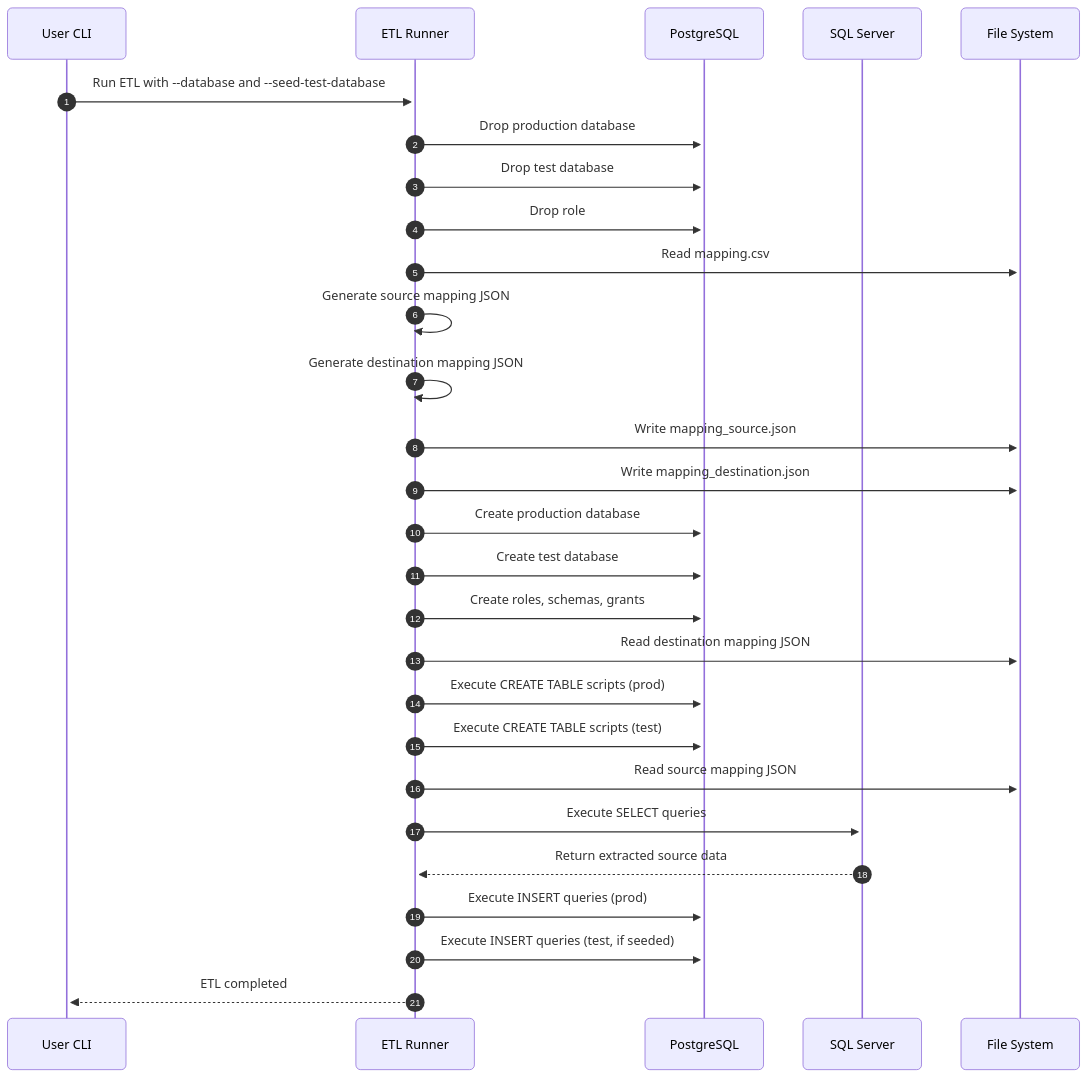
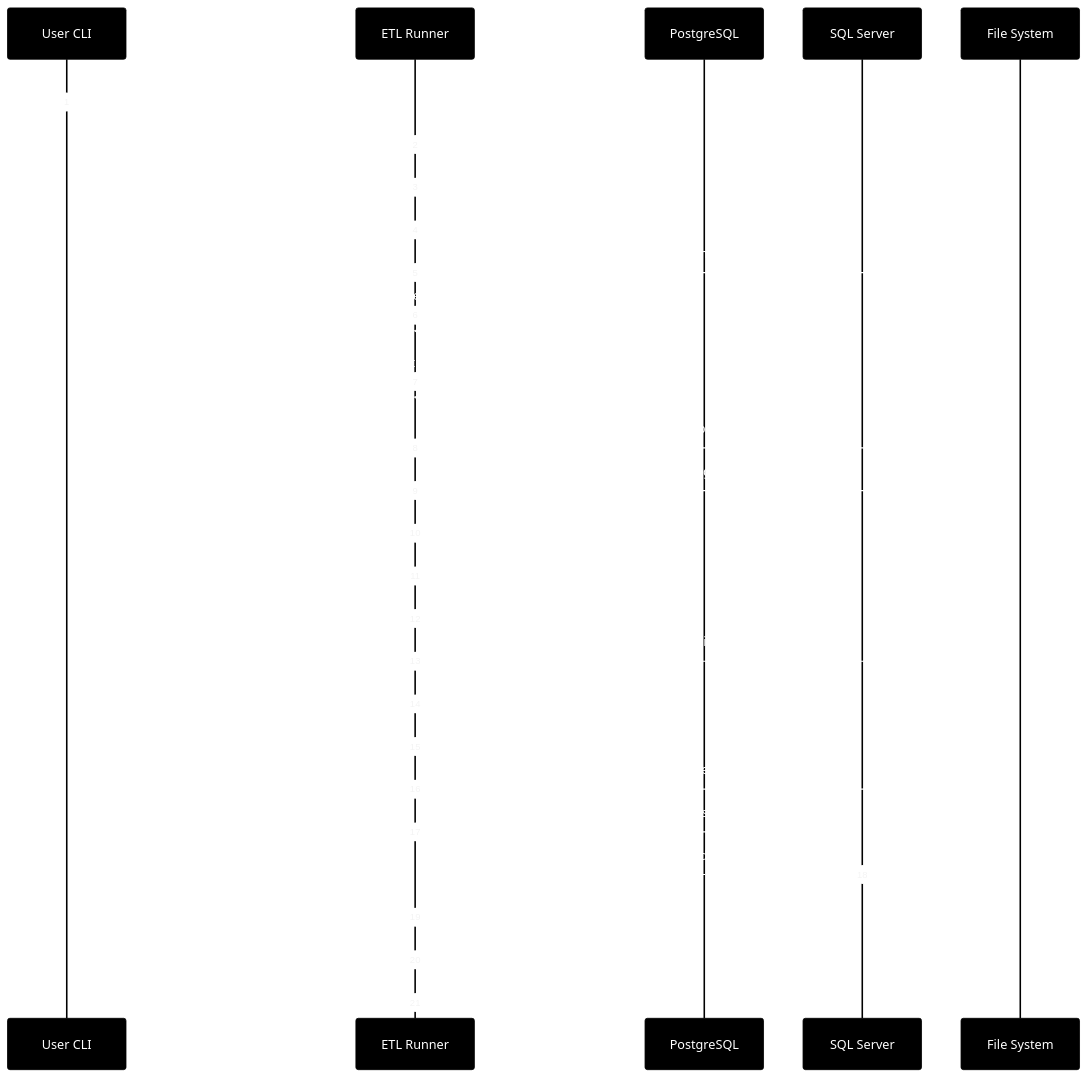
The diagram in README.md (kimberly-emerson/python-etl-sql-postgres), drawn with Mermaid before and after one commit.

````diff
--- a/README.md
+++ b/README.md
@@ -10,45 +10,44 @@
 ```mermaid
 ---
   config:
-    theme: default
-    look: neo
+    theme: base
     themeVariables:
-      background: #FFFFFF,
-      fontColor: #000000
+      primaryColor: "#000"
+      primaryTextColor: "#fff"
 ---
 sequenceDiagram
     autonumber
     participant CLI as User CLI
     participant ETL as ETL Runner
     participant PG as PostgreSQL
     participant SQL as SQL Server
     participant FS as File System
 
     CLI->>ETL: Run ETL with --database and --seed-test-database
     ETL->>PG: Drop production database
     ETL->>PG: Drop test database
     ETL->>PG: Drop role
 
     ETL->>FS: Read mapping.csv
     ETL->>ETL: Generate source mapping JSON
     ETL->>ETL: Generate destination mapping JSON
     ETL->>FS: Write mapping_source.json
     ETL->>FS: Write mapping_destination.json
 
     ETL->>PG: Create production database
     ETL->>PG: Create test database
     ETL->>PG: Create roles, schemas, grants
 
     ETL->>FS: Read destination mapping JSON
     ETL->>PG: Execute CREATE TABLE scripts (prod)
     ETL->>PG: Execute CREATE TABLE scripts (test)
 
     ETL->>FS: Read source mapping JSON
     ETL->>SQL: Execute SELECT queries
     SQL-->>ETL: Return extracted source data
 
     ETL->>PG: Execute INSERT queries (prod)
     ETL->>PG: Execute INSERT queries (test, if seeded)
 
     ETL-->>CLI: ETL completed
 ```
````
